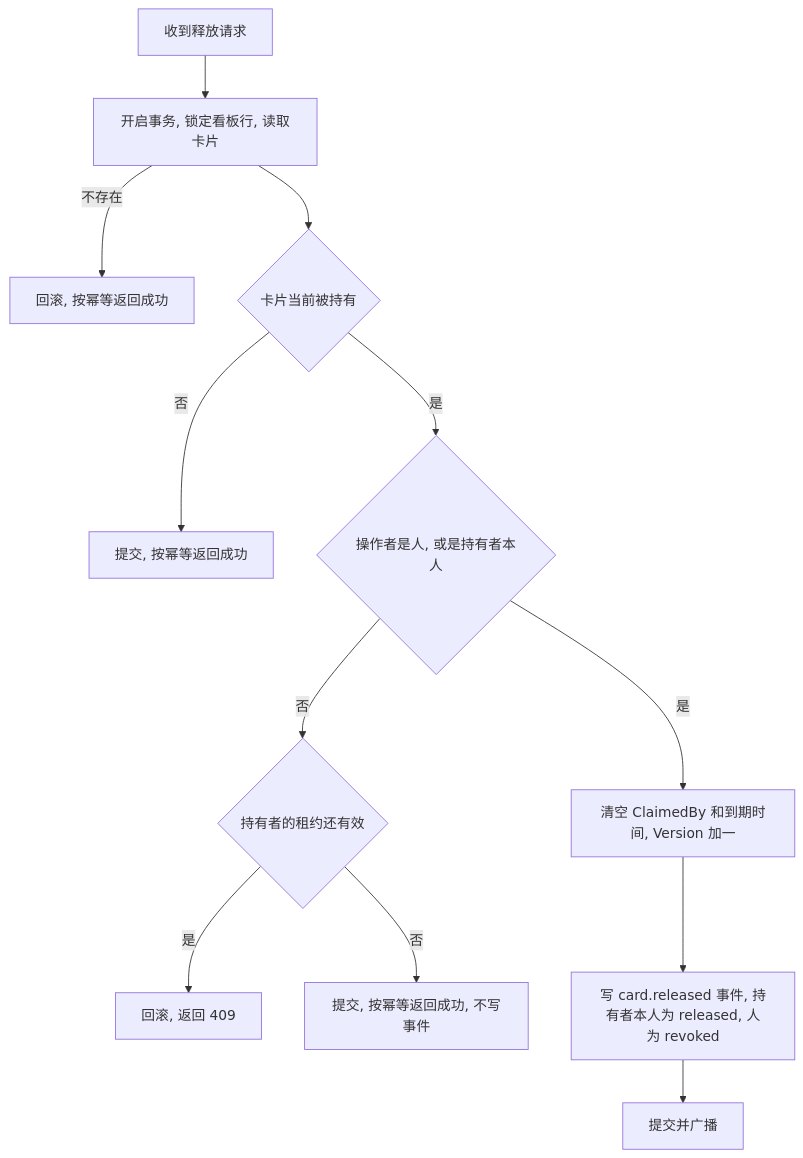
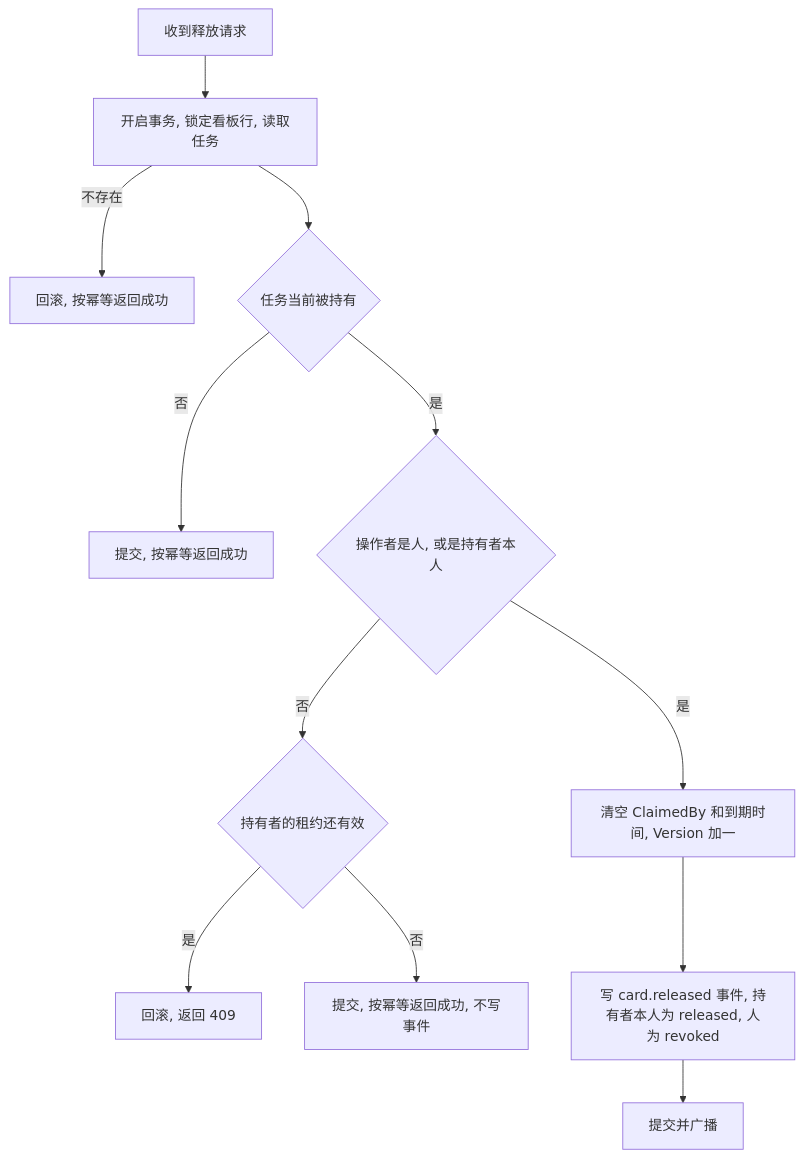
Before and after one commit to ixugo/slate-kanban: the third of 5 diagrams in .cursor/scopes/kanban.claim.go.md, drawn with Mermaid. The commit also changed other lines of this file and 49 other files, not shown here.

````diff
--- a/.cursor/scopes/kanban.claim.go.md
+++ b/.cursor/scopes/kanban.claim.go.md
@@ -90,14 +90,14 @@
 ```mermaid
 flowchart TD
-    A[收到释放请求] --> B[开启事务, 锁定看板行, 读取卡片]
+    A[收到释放请求] --> B[开启事务, 锁定看板行, 读取任务]
     B -->|不存在| Z1[回滚, 按幂等返回成功]
-    B --> C{卡片当前被持有}
+    B --> C{任务当前被持有}
     C -->|否| D[提交, 按幂等返回成功]
     C -->|是| E{操作者是人, 或是持有者本人}
     E -->|否| E2{持有者的租约还有效}
     E2 -->|是| Z2[回滚, 返回 409]
     E2 -->|否| D2[提交, 按幂等返回成功, 不写事件]
     E -->|是| F[清空 ClaimedBy 和到期时间, Version 加一]
     F --> G[写 card.released 事件, 持有者本人为 released, 人为 revoked]
     G --> H[提交并广播]
 ```
````
